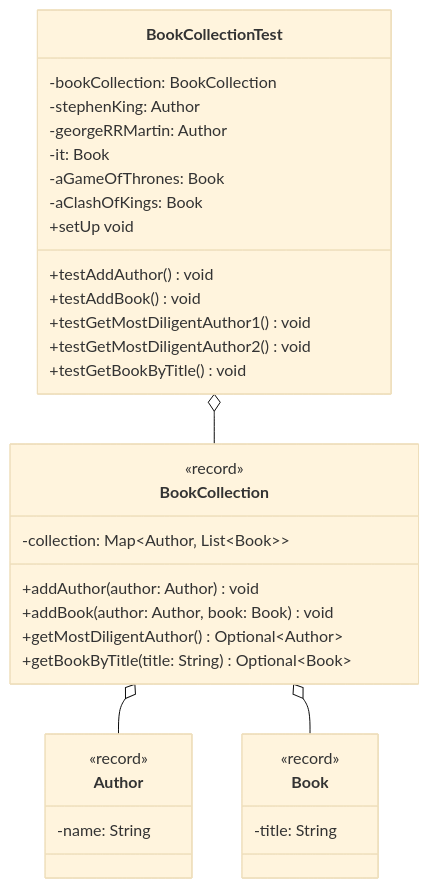
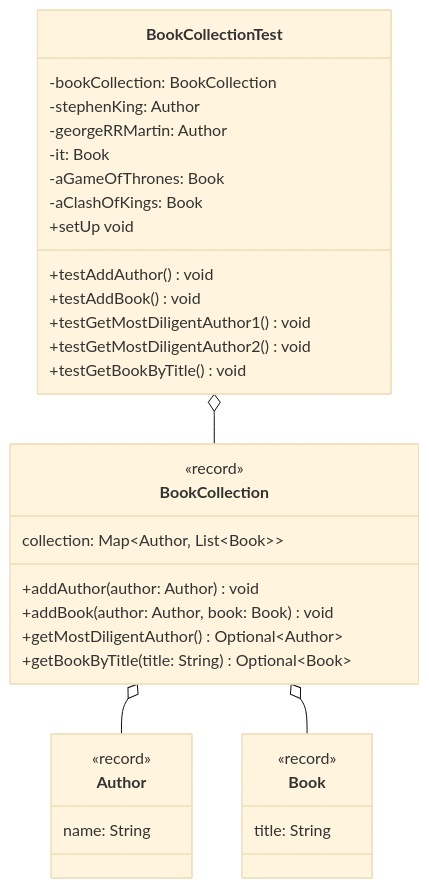
Before and after one commit to jappuccini/java-docs: the diagram in docs/exercises/unit-tests/unit-tests04.md, drawn with Mermaid (base theme). The commit also changed 33 other files, not shown here.

Commit message:
add final-property, change getter-description, change list- and map-declarations

````diff
--- a/docs/exercises/unit-tests/unit-tests04.md
+++ b/docs/exercises/unit-tests/unit-tests04.md
@@ -11,40 +11,40 @@
 ```mermaid
 classDiagram
     BookCollection o-- Author
     BookCollection o-- Book
     BookCollectionTest o-- BookCollection
 
     class Author {
         <<record>>
-        -name: String
+        name: String
     }
 
     class Book {
         <<record>>
-        -title: String
+        title: String
     }
 
     class BookCollection {
         <<record>>
-        -collection: Map~Author&sbquo; List~Book~~
+        collection: Map~Author&sbquo; List~Book~~
         +addAuthor(author: Author) void
         +addBook(author: Author, book: Book) void
         +getMostDiligentAuthor() Optional~Author~
         +getBookByTitle(title: String) Optional~Book~
     }
 
     class BookCollectionTest {
         -bookCollection: BookCollection
         -stephenKing: Author
         -georgeRRMartin: Author
         -it: Book
         -aGameOfThrones: Book
         -aClashOfKings: Book
         +setUp void
         +testAddAuthor() void
         +testAddBook() void
         +testGetMostDiligentAuthor1() void
         +testGetMostDiligentAuthor2() void
         +testGetBookByTitle() void
     }
 ```
````
